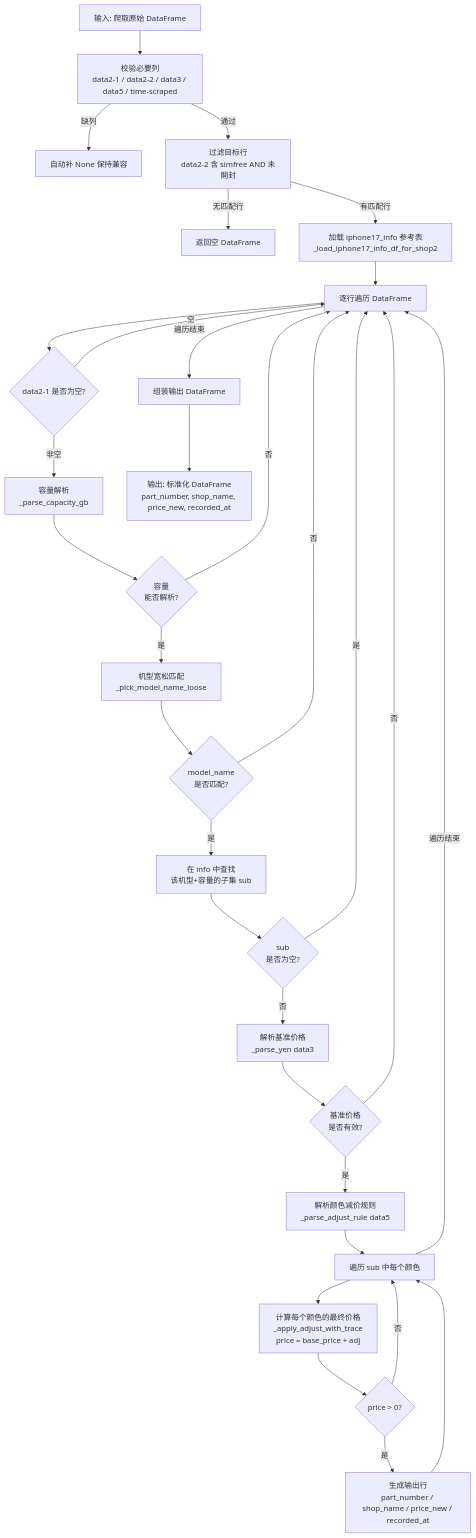
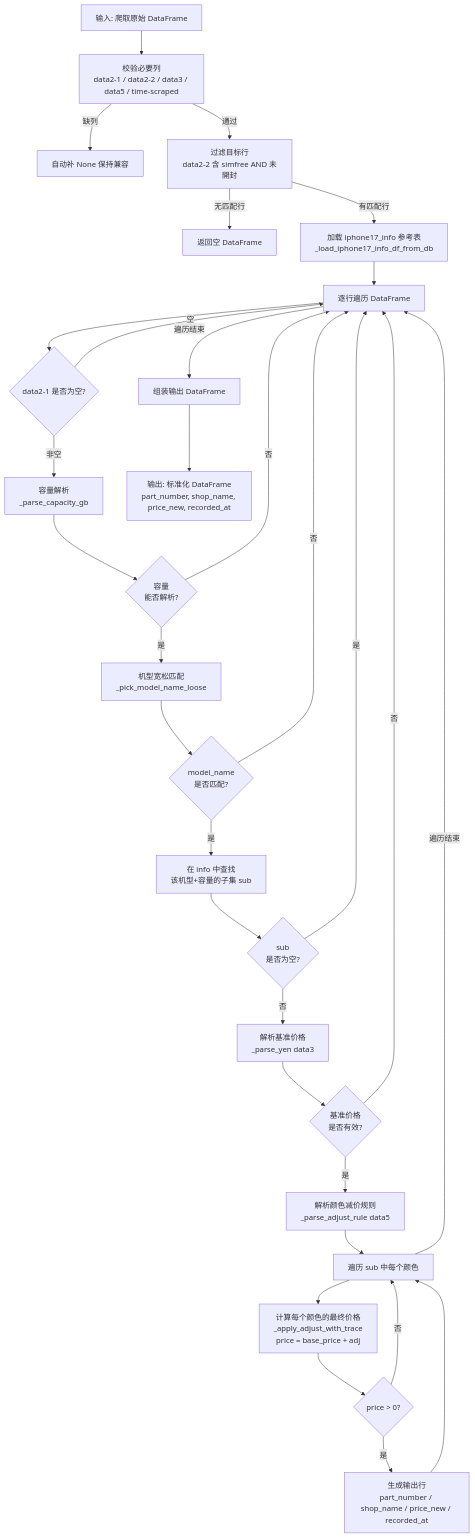
The first of 10 diagrams in doc_shop/shop2_cleaner.md (zhujiansamuel/YamagotiProjects), drawn with Mermaid before and after one commit. The commit also changed other lines of this file and 44 other files, not shown here.

````diff
--- a/doc_shop/shop2_cleaner.md
+++ b/doc_shop/shop2_cleaner.md
@@ -12,42 +12,42 @@
 ```mermaid
 flowchart TD
     A[输入: 爬取原始 DataFrame] --> B[校验必要列\ndata2-1 / data2-2 / data3 / data5 / time-scraped]
     B -->|缺列| B1[自动补 None 保持兼容]
     B -->|通过| C[过滤目标行\ndata2-2 含 simfree AND 未開封]
     C -->|无匹配行| C1[返回空 DataFrame]
-    C -->|有匹配行| D[加载 iphone17_info 参考表\n_load_iphone17_info_df_for_shop2]
+    C -->|有匹配行| D[加载 iphone17_info 参考表\n_load_iphone17_info_df_from_db]
 
     D --> E[逐行遍历 DataFrame]
 
     E --> F{data2-1 是否为空?}
     F -->|空| E
     F -->|非空| G[容量解析\n_parse_capacity_gb]
 
     G --> H{容量\n能否解析?}
     H -->|否| E
     H -->|是| I[机型宽松匹配\n_pick_model_name_loose]
 
     I --> J{model_name\n是否匹配?}
     J -->|否| E
     J -->|是| K[在 info 中查找\n该机型+容量的子集 sub]
 
     K --> L{sub\n是否为空?}
     L -->|是| E
     L -->|否| M[解析基准价格\n_parse_yen data3]
 
     M --> N{基准价格\n是否有效?}
     N -->|否| E
     N -->|是| O[解析颜色减价规则\n_parse_adjust_rule data5]
 
     O --> P[遍历 sub 中每个颜色]
     P --> Q[计算每个颜色的最终价格\n_apply_adjust_with_trace\nprice = base_price + adj]
 
     Q --> R{price > 0?}
     R -->|否| P
     R -->|是| S[生成输出行\npart_number / shop_name / price_new / recorded_at]
     S --> P
 
     P -->|遍历结束| E
     E -->|遍历结束| T[组装输出 DataFrame]
     T --> U[输出: 标准化 DataFrame\npart_number, shop_name, price_new, recorded_at]
 ```
````
